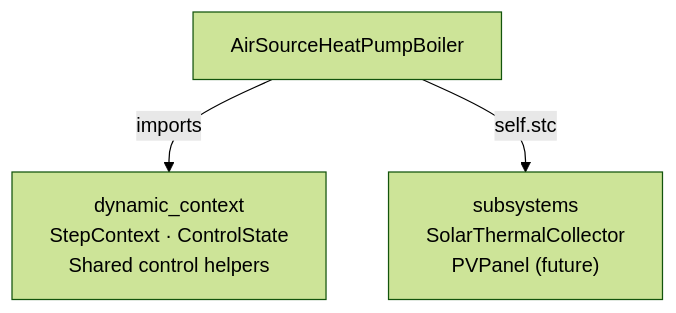
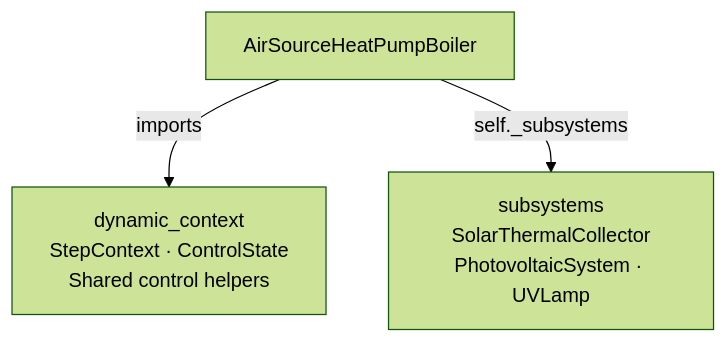
One commit to bet-lab/enex_analysis_engine changed the first of 2 diagrams in docs/guides/air_source_heat_pump_boiler.md. Above: the diagram before and after it, drawn with Mermaid (forest theme). The commit also changed other lines of this file and 11 other files, not shown here.

````diff
--- a/docs/guides/air_source_heat_pump_boiler.md
+++ b/docs/guides/air_source_heat_pump_boiler.md
@@ -45,9 +46,9 @@
 ```mermaid
 graph TB
   ASHPB["AirSourceHeatPumpBoiler"]
   DC["dynamic_context<br/>StepContext · ControlState<br/>Shared control helpers"]
-  SS["subsystems<br/>SolarThermalCollector<br/>PVPanel (future)"]
+  SS["subsystems<br/>SolarThermalCollector<br/>PhotovoltaicSystem · UVLamp"]
 
   ASHPB -->|imports| DC
-  ASHPB -->|self.stc| SS
+  ASHPB -->|self._subsystems| SS
 ```
````
